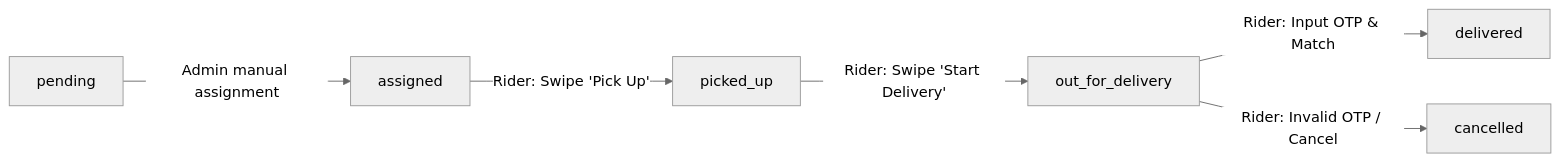
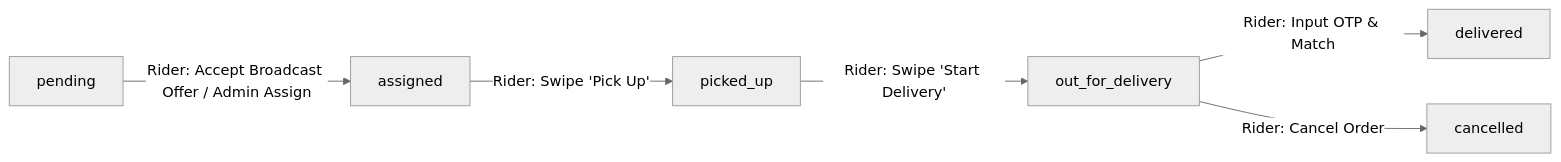
Before and after one commit to HOTA-CREATIVES/blinkbasket: the third of 3 diagrams in docs/PROJECT_STATUS.md, drawn with Mermaid (neutral theme). The commit also changed other lines of this file and 214 other files, not shown here.

````diff
--- a/docs/PROJECT_STATUS.md
+++ b/docs/PROJECT_STATUS.md
@@ -235,8 +247,8 @@
 ```mermaid
 flowchart LR
-    A[pending] -- Admin manual assignment --> B[assigned]
+    A[pending] -- Rider: Accept Broadcast Offer / Admin Assign --> B[assigned]
     B -- Rider: Swipe 'Pick Up' --> C[picked_up]
     C -- Rider: Swipe 'Start Delivery' --> D[out_for_delivery]
     D -- Rider: Input OTP & Match --> E[delivered]
-    D -- Rider: Invalid OTP / Cancel --> F[cancelled]
+    D -- Rider: Cancel Order --> F[cancelled]
 ```
````
